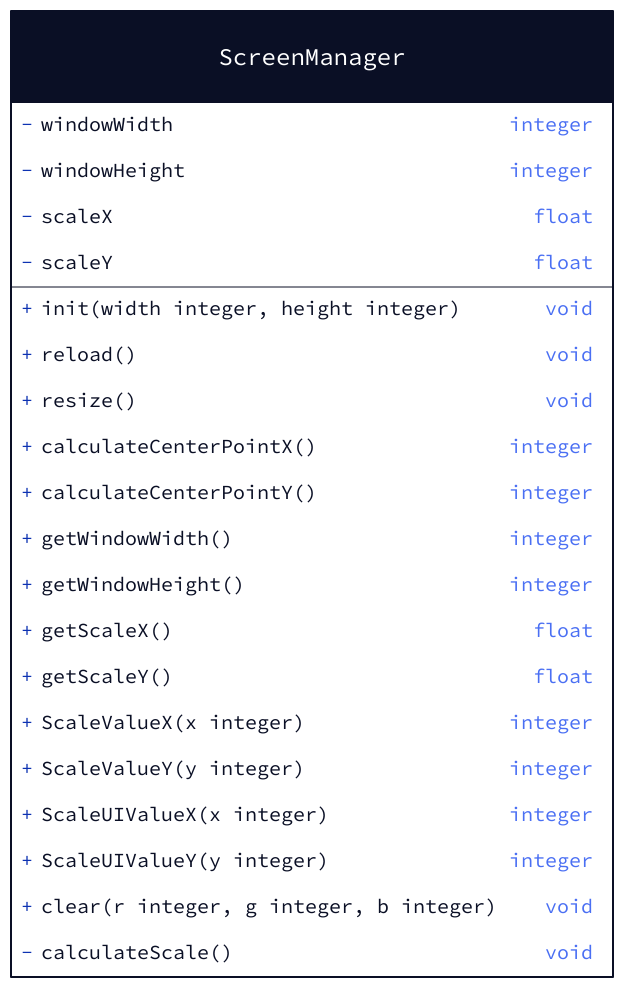
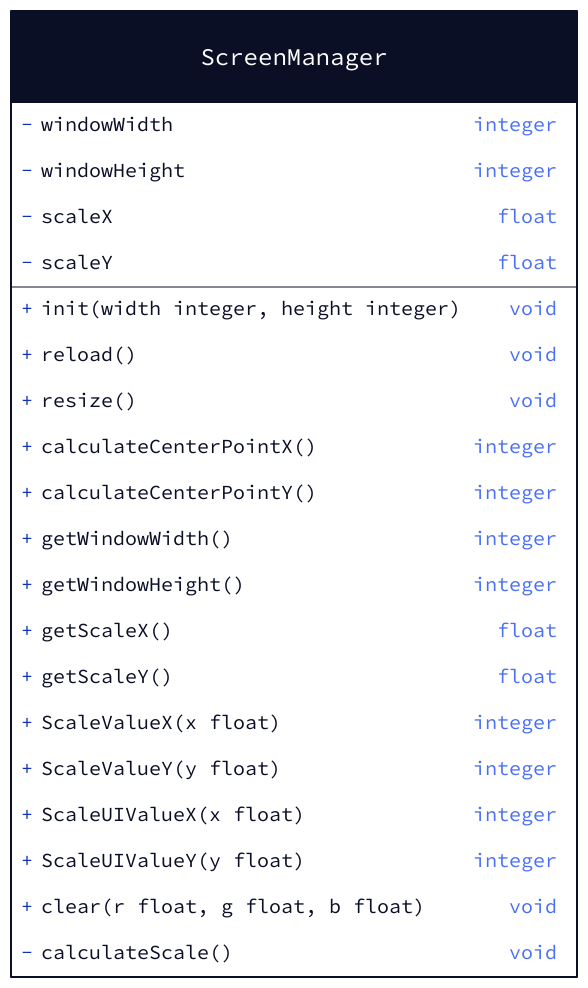
The diagram in docs/screenmanager.d2 (valcriss/gamingcampus-m1-lua-battletank), drawn with D2 before and after one commit. The commit also changed 22 other files, not shown here.

```diff
--- a/docs/screenmanager.d2
+++ b/docs/screenmanager.d2
@@ -1,25 +1,25 @@
 ScreenManager: {
     shape: class
 
     -windowWidth: integer
     -windowHeight: integer
     -scaleX: float
     -scaleY: float
 
     +init(width integer, height integer):void
     +reload():void
     +resize():void
     +calculateCenterPointX():integer
     +calculateCenterPointY():integer
     +getWindowWidth():integer
     +getWindowHeight():integer
     +getScaleX():float
     +getScaleY():float
-    +ScaleValueX(x integer):integer
-    +ScaleValueY(y integer):integer
-    +ScaleUIValueX(x integer):integer
-    +ScaleUIValueY(y integer):integer
-    +clear(r integer, g integer, b integer):void
++ScaleValueX(x float): integer
++ScaleValueY(y float): integer
++ScaleUIValueX(x float):integer
++ScaleUIValueY(y float): integer
++clear(r float, g float, b float): void
     -calculateScale():void
 
 }
```
